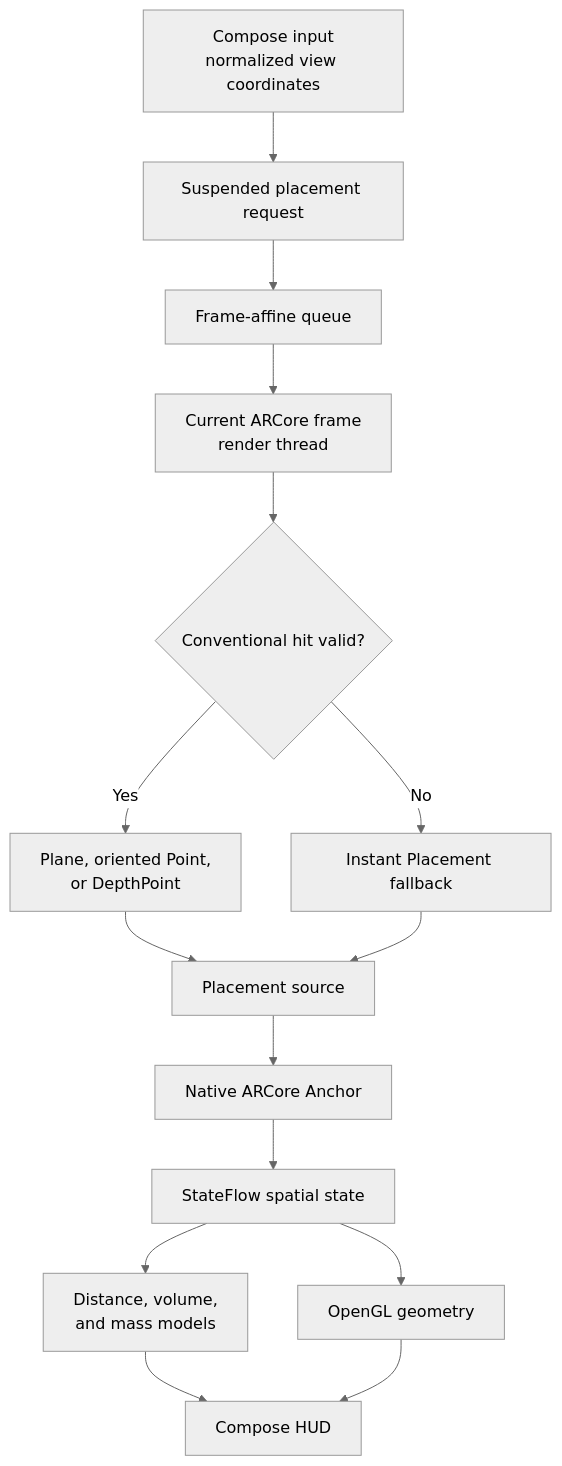
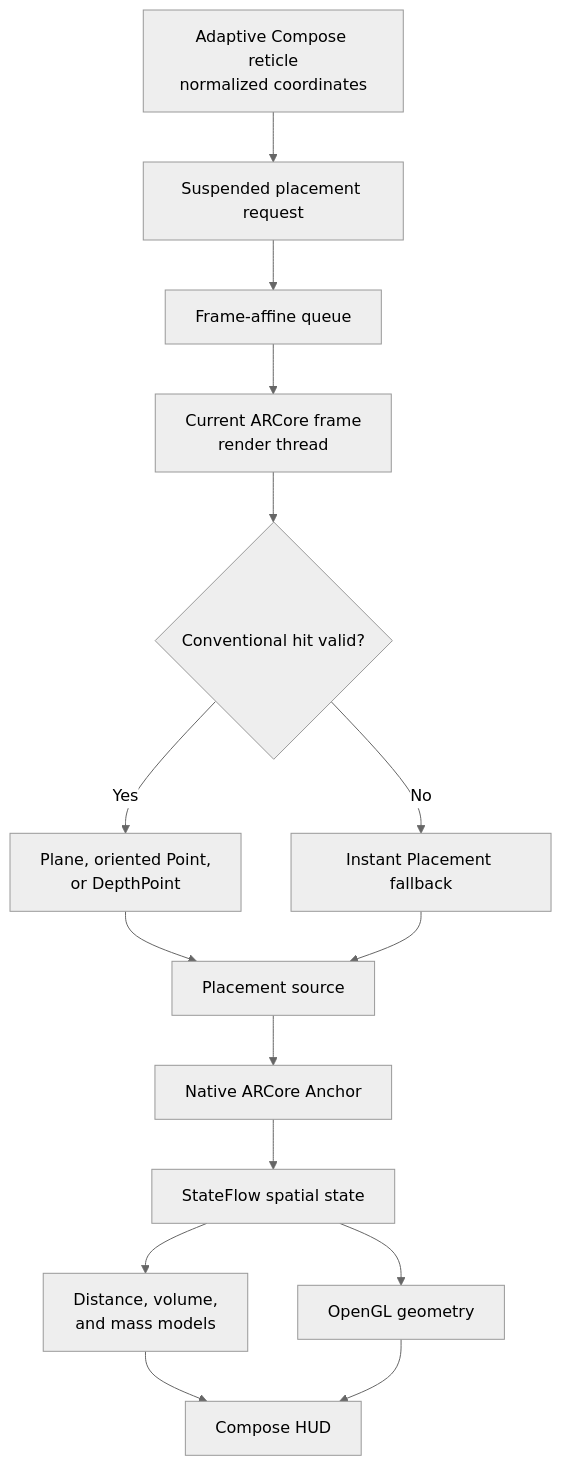
Before and after one commit to maurizioprizzi/aetheris: the diagram in README.md, drawn with Mermaid (neutral theme). The commit also changed other lines of this file and 1 other file, not shown here.

First line of the commit message:
docs: record provenance and dynamic reticle milestone

````diff
--- a/README.md
+++ b/README.md
@@ -54,17 +57,17 @@
 ```mermaid
 flowchart TD
-    A["Compose input<br/>normalized view coordinates"] --> B["Suspended placement request"]
+    A["Adaptive Compose reticle<br/>normalized coordinates"] --> B["Suspended placement request"]
     B --> C["Frame-affine queue"]
     C --> D["Current ARCore frame<br/>render thread"]
     D --> E{"Conventional hit valid?"}
     E -- Yes --> F["Plane, oriented Point,<br/>or DepthPoint"]
     E -- No --> G["Instant Placement fallback"]
     F --> P["Placement source"]
     G --> P
     P --> H["Native ARCore Anchor"]
     H --> I["StateFlow spatial state"]
     I --> J["Distance, volume,<br/>and mass models"]
     I --> K["OpenGL geometry"]
     J --> L["Compose HUD"]
     K --> L
 ```
````
